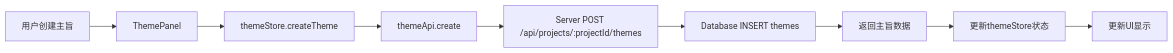
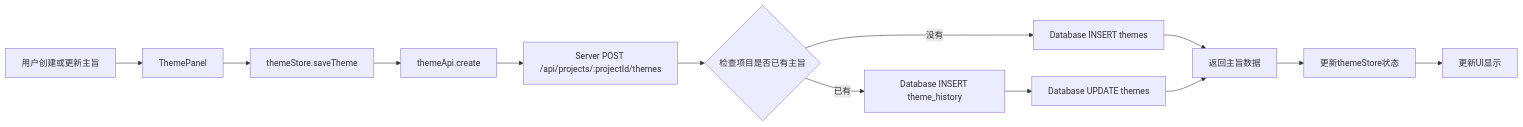
One commit to df123/novel-ai-writer changed the second of 4 diagrams in docs/architecture/theme_feature_architecture.md. Above: the diagram before and after it, drawn with Mermaid. The commit also changed other lines of this file and 6 other files, not shown here.

````diff
--- a/docs/architecture/theme_feature_architecture.md
+++ b/docs/architecture/theme_feature_architecture.md
@@ -613,11 +522,15 @@
 ```mermaid
 flowchart LR
-    A[用户创建主旨] --> B[ThemePanel]
-    B --> C[themeStore.createTheme]
+    A[用户创建或更新主旨] --> B[ThemePanel]
+    B --> C[themeStore.saveTheme]
     C --> D[themeApi.create]
     D --> E[Server POST /api/projects/:projectId/themes]
-    E --> F[Database INSERT themes]
-    F --> G[返回主旨数据]
-    G --> H[更新themeStore状态]
-    H --> I[更新UI显示]
+    E --> F{检查项目是否已有主旨}
+    F -->|没有| G[Database INSERT themes]
+    F -->|已有| H[Database INSERT theme_history]
+    H --> I[Database UPDATE themes]
+    G --> J[返回主旨数据]
+    I --> J
+    J --> K[更新themeStore状态]
+    K --> L[更新UI显示]
 ```
````
